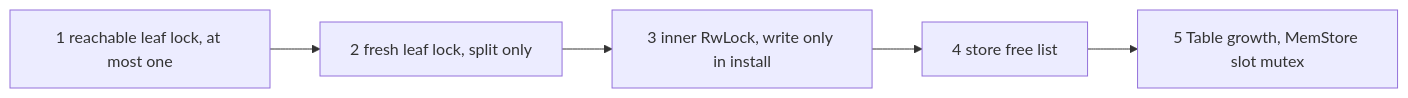
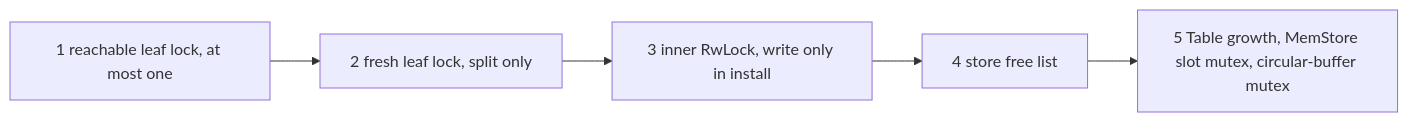
One commit to raydatray/peppydb changed the second of 3 diagrams in docs/design/bf-tree-concurrency.md. Above: the diagram before and after it, drawn with Mermaid. The commit also changed other lines of this file and 9 other files, not shown here.

````diff
--- a/docs/design/bf-tree-concurrency.md
+++ b/docs/design/bf-tree-concurrency.md
@@ -62,7 +67,7 @@
 ```mermaid
 flowchart LR
     A["1 reachable leaf lock, at most one"] --> B["2 fresh leaf lock, split only"]
     B --> C["3 inner RwLock, write only in install"]
     C --> D["4 store free list"]
-    D --> E["5 Table growth, MemStore slot mutex"]
+    D --> E["5 Table growth, MemStore slot mutex, circular-buffer mutex"]
 ```
````
